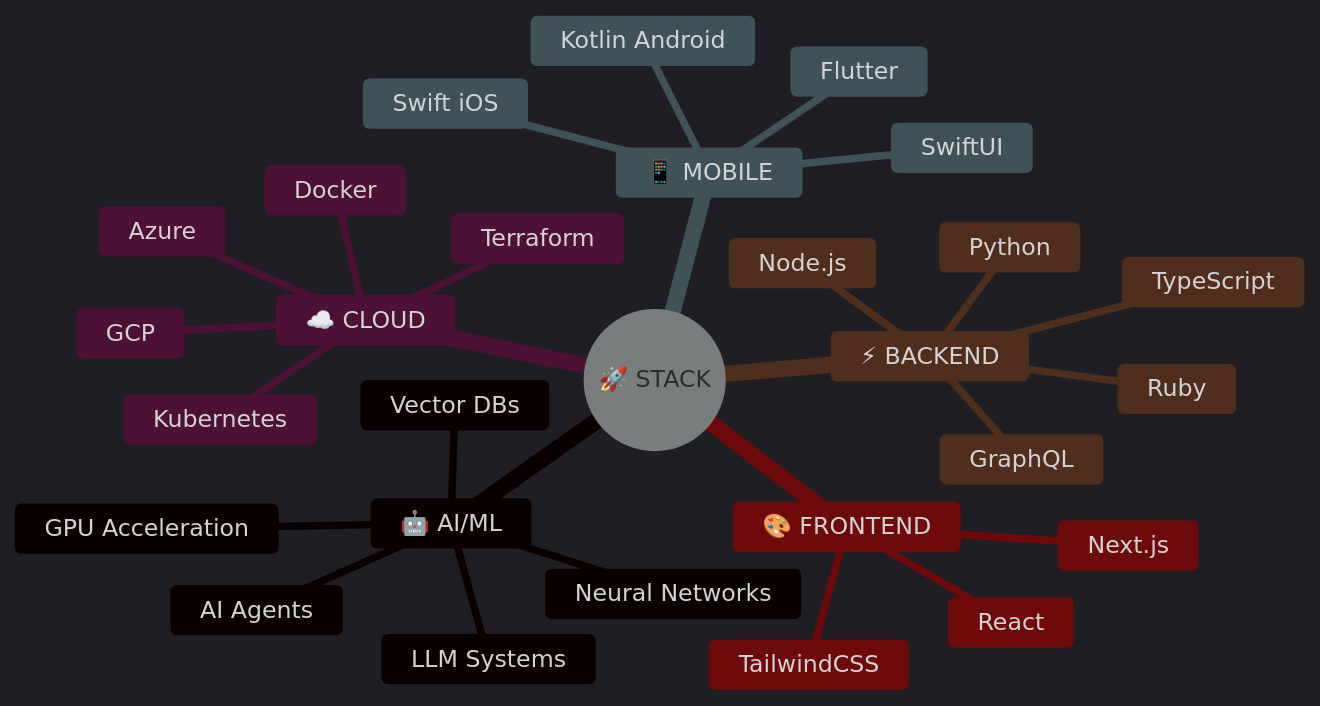
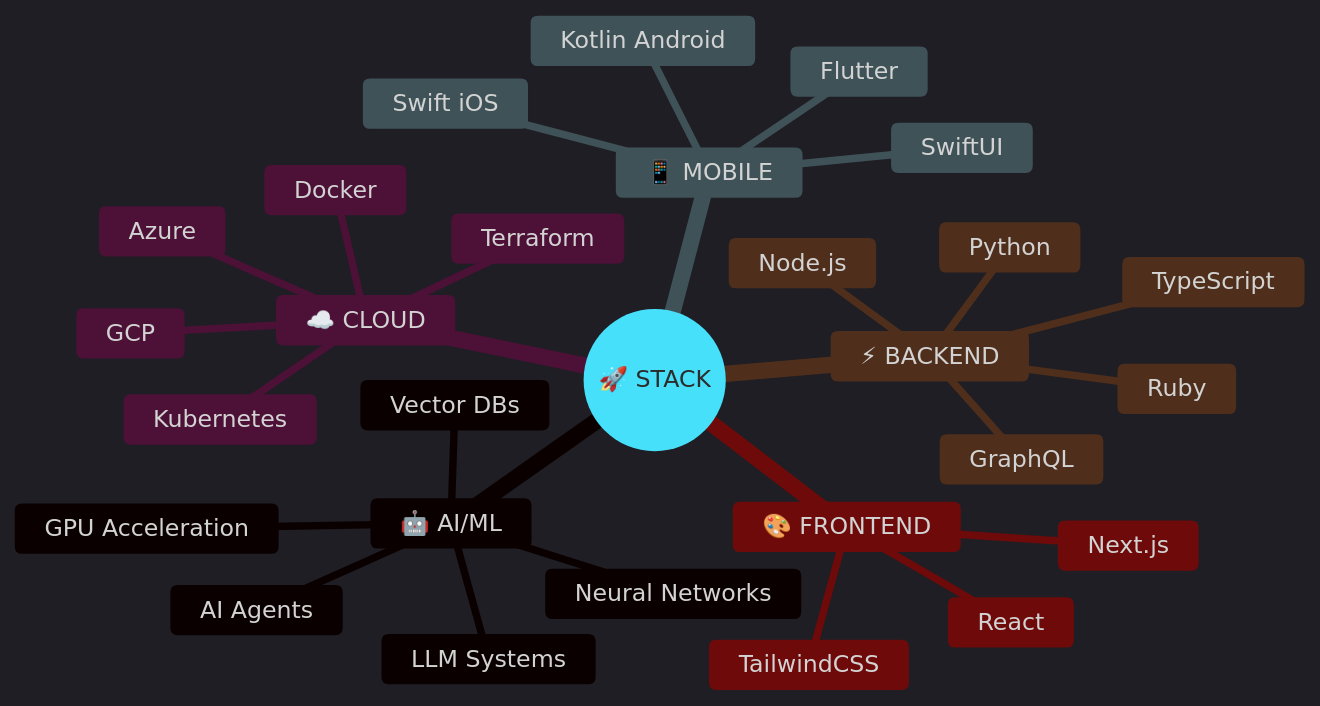
One commit to yash1511-bogam/yash1511-bogam changed the first of 3 diagrams in README.md. Above: the diagram before and after it, drawn with Mermaid.

Commit message:
Fix mindmap text to white

````diff
--- a/README.md
+++ b/README.md
@@ -24,32 +24,32 @@
 ```mermaid
-%%{init: {'theme': 'dark'}}%%
+%%{init: {'theme': 'dark', 'themeVariables': {'primaryColor': '#7c3aed', 'primaryTextColor': '#ffffff', 'secondaryColor': '#06b6d4', 'tertiaryColor': '#1a1a2e'}}}%%
 mindmap
   root((🚀 STACK))
     🤖 AI/ML
       GPU Acceleration
       LLM Systems
       Neural Networks
       AI Agents
       Vector DBs
     ☁️ CLOUD
       GCP
       Azure
       Kubernetes
       Docker
       Terraform
     📱 MOBILE
       Swift iOS
       Kotlin Android
       Flutter
       SwiftUI
     ⚡ BACKEND
       TypeScript
       Python
       Ruby
       Node.js
       GraphQL
     🎨 FRONTEND
       React
       Next.js
       TailwindCSS
 ```
````
